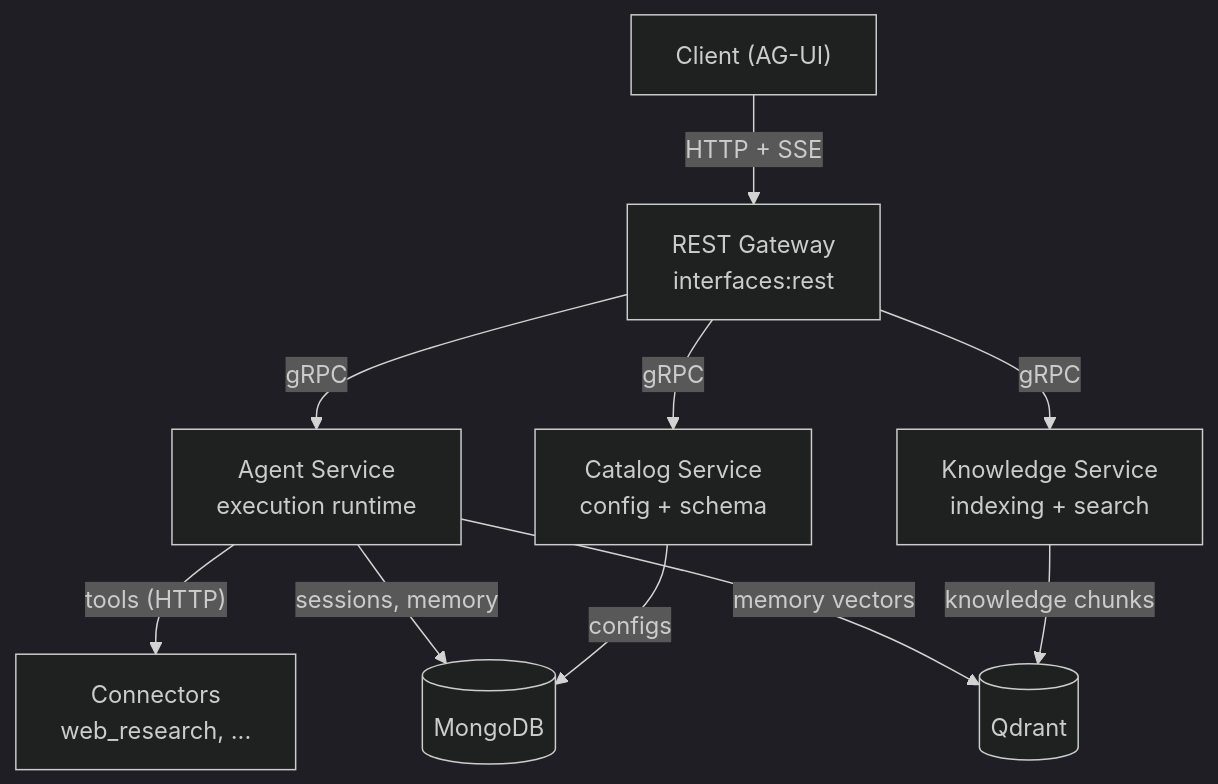
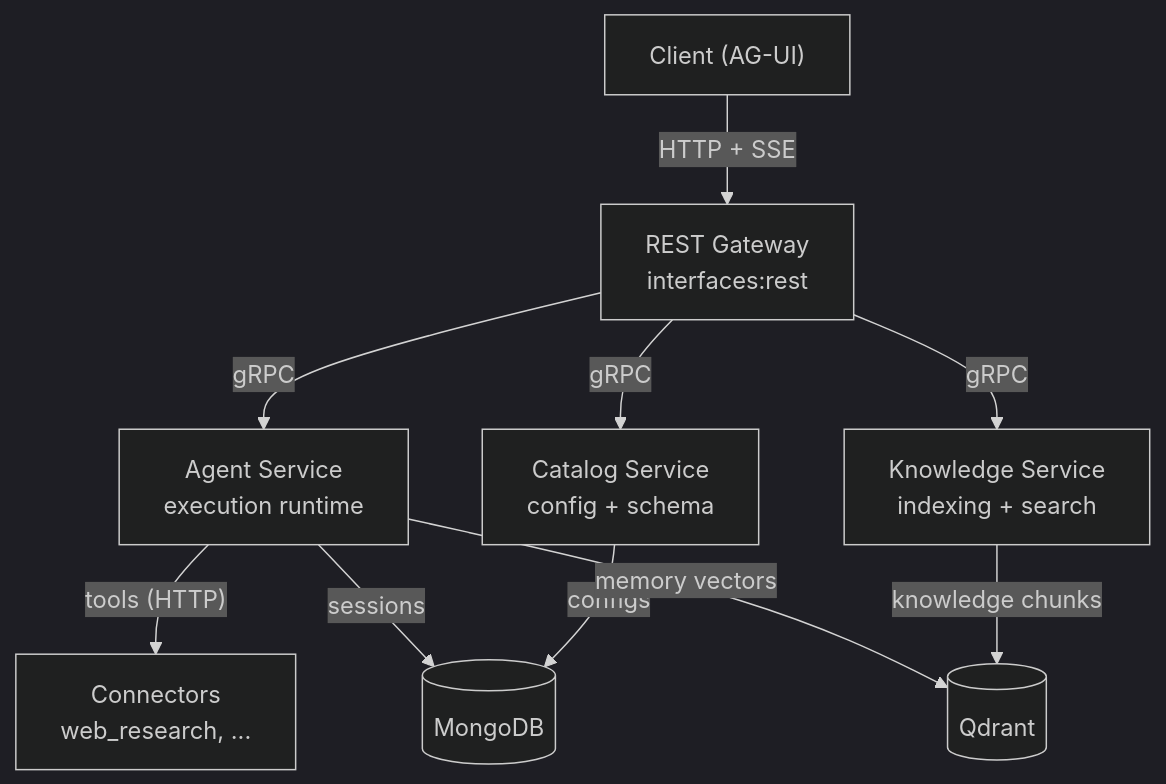
The diagram in README.md (hunter1703/agent-engine), drawn with Mermaid (dark theme) before and after one commit.

Commit message:
Fix architecture diagram: memory is backed by Qdrant, not MongoDB
The Agent->MongoDB edge was mislabeled "sessions, memory"; memory lives
in Qdrant (Memory collection). MongoDB holds sessions, configs, and infra.

````diff
--- a/README.md
+++ b/README.md
@@ -70,14 +70,14 @@
 ```mermaid
 flowchart TB
     Client["Client (AG-UI)"] -- "HTTP + SSE" --> REST["REST Gateway<br/>interfaces:rest"]
     REST -- gRPC --> Agent["Agent Service<br/>execution runtime"]
     REST -- gRPC --> Catalog["Catalog Service<br/>config + schema"]
     REST -- gRPC --> Knowledge["Knowledge Service<br/>indexing + search"]
 
     Agent -- "tools (HTTP)" --> Connectors["Connectors<br/>web_research, ..."]
 
-    Agent -- "sessions, memory" --> Mongo[("MongoDB")]
+    Agent -- "sessions" --> Mongo[("MongoDB")]
     Catalog -- "configs" --> Mongo
     Agent -- "memory vectors" --> Qdrant[("Qdrant")]
     Knowledge -- "knowledge chunks" --> Qdrant
 ```
````
